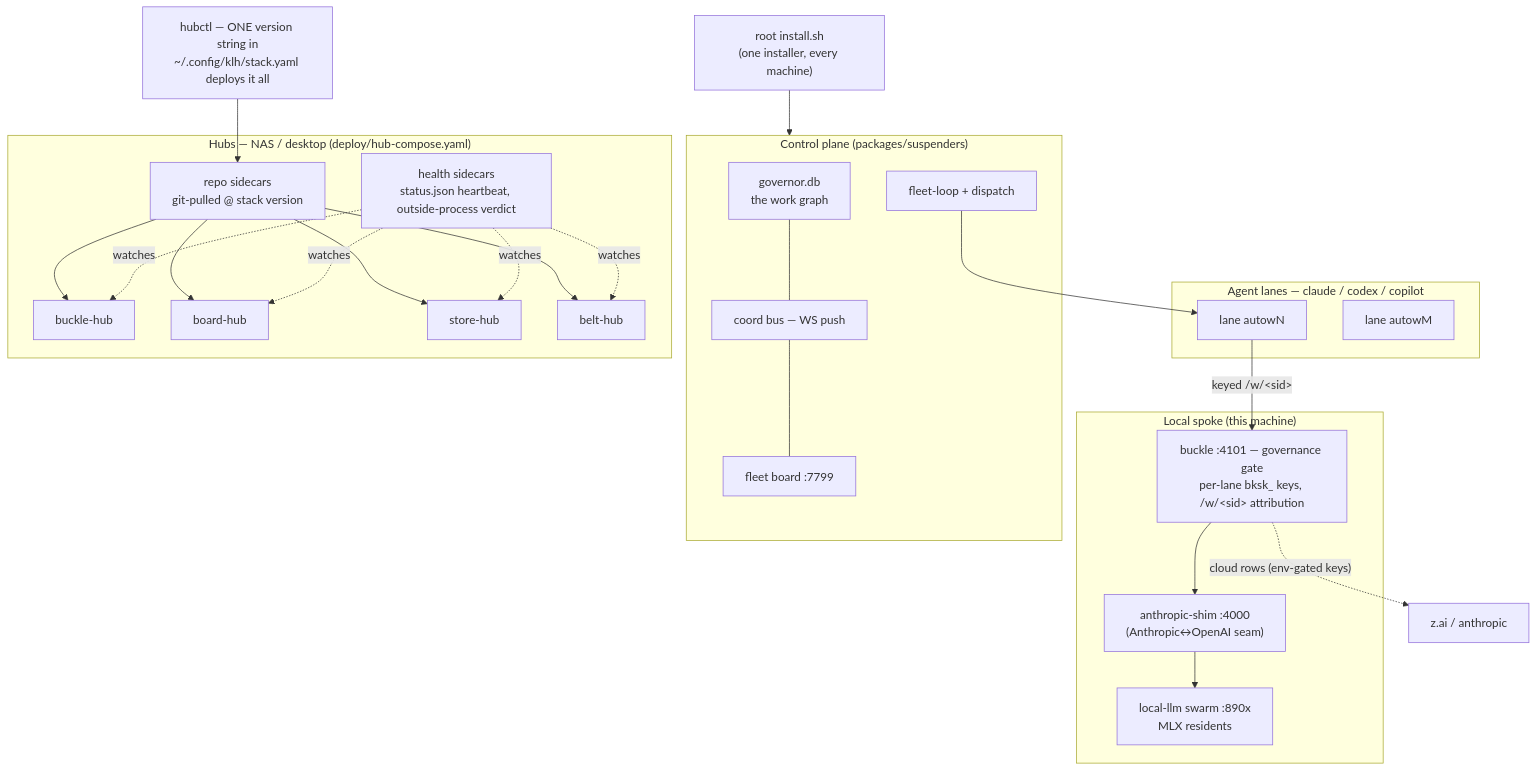
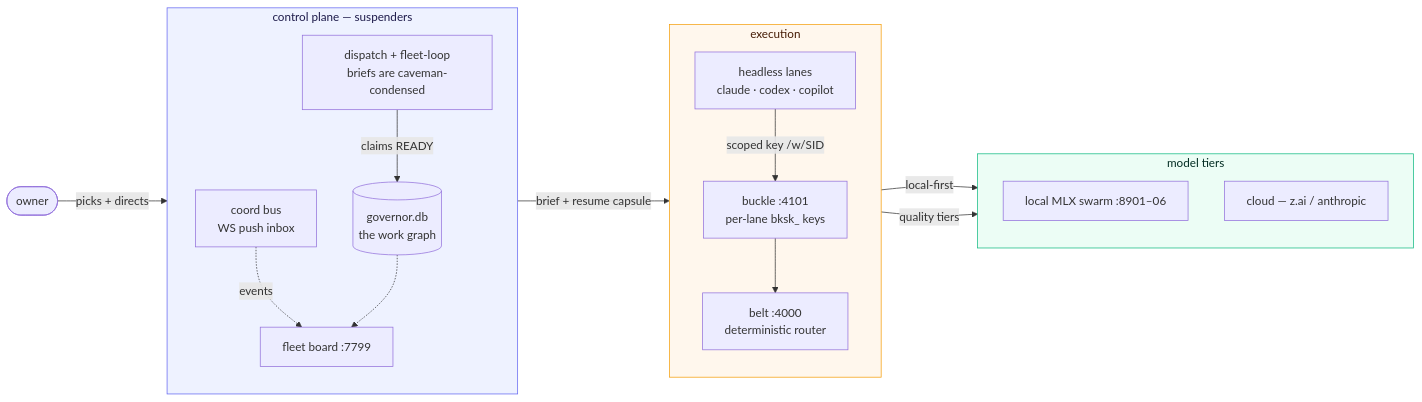
One commit to klh/fleet changed the first of 2 diagrams in README.md. Above: the diagram before and after it, drawn with Mermaid. The commit also changed other lines of this file, not shown here.

Commit message:
w434: README system overview — two clean mermaid diagrams, drift fixed
Work plane (owner -> dispatch -> work graph -> lanes -> buckle gate ->
belt router -> local-first swarm/cloud) and deploy plane (stack.yaml
one-version pin -> hubctl -> hubs with *-health probe sidecars). Health
wording matches the landed probe-sidecar law (status.json heartbeat
references removed, W422.10/W431). blam added to the package table; ops
quick-reference added; benchmarks pointer to the new root table.

````diff
--- a/README.md
+++ b/README.md
@@ -24,42 +25,42 @@
 ```mermaid
-graph TB
-  subgraph lanes["Agent lanes — claude / codex / copilot"]
-    L1["lane autowN"]
-    L2["lane autowM"]
+flowchart LR
+  OWNER(["owner"])
+
+  subgraph plane["control plane — suspenders"]
+    direction TB
+    GOV[("governor.db<br/>the work graph")]
+    DISPATCH["dispatch + fleet-loop<br/>briefs are caveman-condensed"]
+    COORD["coord bus<br/>WS push inbox"]
+    BOARD["fleet board :7799"]
   end
 
-  subgraph spoke["Local spoke (this machine)"]
-    BF["buckle :4101 — governance gate<br/>per-lane bksk_ keys, /w/&lt;sid&gt; attribution"]
-    SHIM["anthropic-shim :4000<br/>(Anthropic↔OpenAI seam)"]
-    SWARM["local-llm swarm :890x<br/>MLX residents"]
+  subgraph exec["execution"]
+    direction TB
+    LANE["headless lanes<br/>claude · codex · copilot"]
+    GATE["buckle :4101<br/>per-lane bksk_ keys"]
+    ROUTER["belt :4000<br/>deterministic router"]
   end
 
-  subgraph control["Control plane (packages/suspenders)"]
-    GOV["governor.db<br/>the work graph"]
-    COORD["coord bus — WS push"]
-    BOARD["fleet board :7799"]
-    LOOP["fleet-loop + dispatch"]
+  subgraph models["model tiers"]
+    direction TB
+    SWARM["local MLX swarm :8901–06"]
+    CLOUD["cloud — z.ai / anthropic"]
   end
 
-  subgraph hub["Hubs — NAS / desktop (deploy/hub-compose.yaml)"]
-    RS["repo sidecars<br/>git-pulled @ stack version"]
-    BR["buckle-hub"]
-    BH["board-hub"]
-    SH["store-hub"]
-    BTH["belt-hub"]
-    HS["health sidecars<br/>status.json heartbeat, outside-process verdict"]
-  end
+  OWNER -->|"picks + directs"| DISPATCH
+  DISPATCH -->|"claims READY"| GOV
+  GOV -->|"brief + resume capsule"| LANE
+  LANE -->|"scoped key /w/SID"| GATE
+  GATE --> ROUTER
+  ROUTER -->|"local-first"| SWARM
+  ROUTER -->|"quality tiers"| CLOUD
+  COORD -.->|"events"| BOARD
+  GOV -.-> BOARD
 
-  HUBCTL["hubctl — ONE version string in<br/>~/.config/klh/stack.yaml deploys it all"]
-  ROOT["root install.sh<br/>(one installer, every machine)"]
-
-  LOOP --> L1
-  L1 -->|"keyed /w/&lt;sid&gt;"| BF
-  BF --> SHIM --> SWARM
-  BF -.->|"cloud rows (env-gated keys)"| CLOUD["z.ai / anthropic"]
-  GOV --- COORD --- BOARD
-  HUBCTL --> RS
-  RS --> BR & BH & SH & BTH
-  HS -.->|"watches"| BR & BH & SH & BTH
-  ROOT --> control
+  classDef control fill:#eef2ff,stroke:#6366f1,color:#1e1b4b;
+  classDef run fill:#fff7ed,stroke:#f59e0b,color:#451a03;
+  classDef model fill:#ecfdf5,stroke:#10b981,color:#022c22;
+  class plane control
+  class exec run
+  class models model
 ```
````
